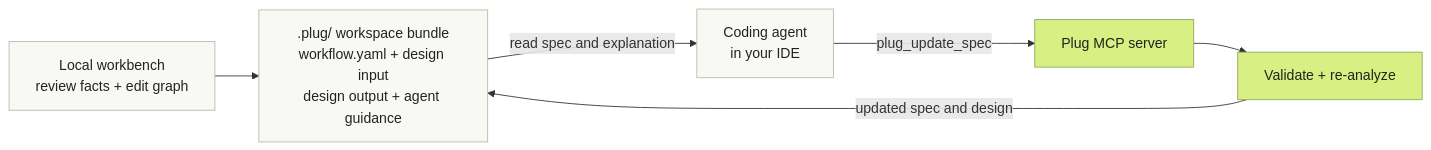
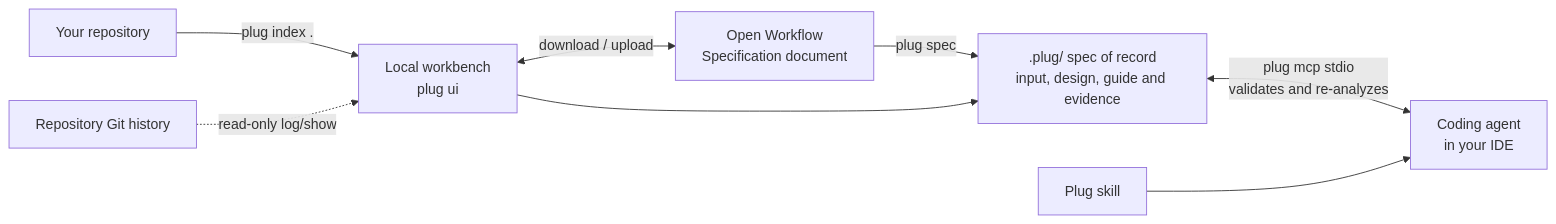
Before and after one commit to plugproject/plug: the fourth of 4 diagrams in README.md, drawn with Mermaid. The commit also changed other lines of this file and 127 other files, not shown here.

First line of the commit message:
implement multi-system alpha: probing, verification, review, adoption, revisions, MCP and skill

````diff
--- a/README.md
+++ b/README.md
@@ -154,12 +219,10 @@
 ```mermaid
 flowchart LR
-    W["Local workbench<br/>review facts + edit graph"] --> B[".plug/ workspace bundle<br/>workflow.yaml + design input<br/>design output + agent guidance"]
-    B -->|"read spec and explanation"| A["Coding agent<br/>in your IDE"]
-    A -->|"plug_update_spec"| M["Plug MCP server"]
-    M --> V["Validate + re-analyze"]
-    V -->|"updated spec and design"| B
-    classDef node fill:#f8f9f5,stroke:#b4bea5,color:#20251c;
-    classDef plug fill:#d7ef83,stroke:#91a95d,color:#20251c;
-    class W,B,A node;
-    class M,V plug;
+    REPO["Your repository"] -- "plug index ." --> WB["Local workbench<br/>plug ui"]
+    WB <-- "download / upload" --> OWS["Open Workflow<br/>Specification document"]
+    OWS -- "plug spec" --> SPEC[".plug/ spec of record<br/>input, design, guide and evidence"]
+    WB --> SPEC
+    GIT["Repository Git history"] -. "read-only log/show" .-> WB
+    SPEC <-- "plug mcp stdio<br/>validates and re-analyzes" --> AGENT["Coding agent<br/>in your IDE"]
+    SKILL["Plug skill"] --> AGENT
 ```
````
